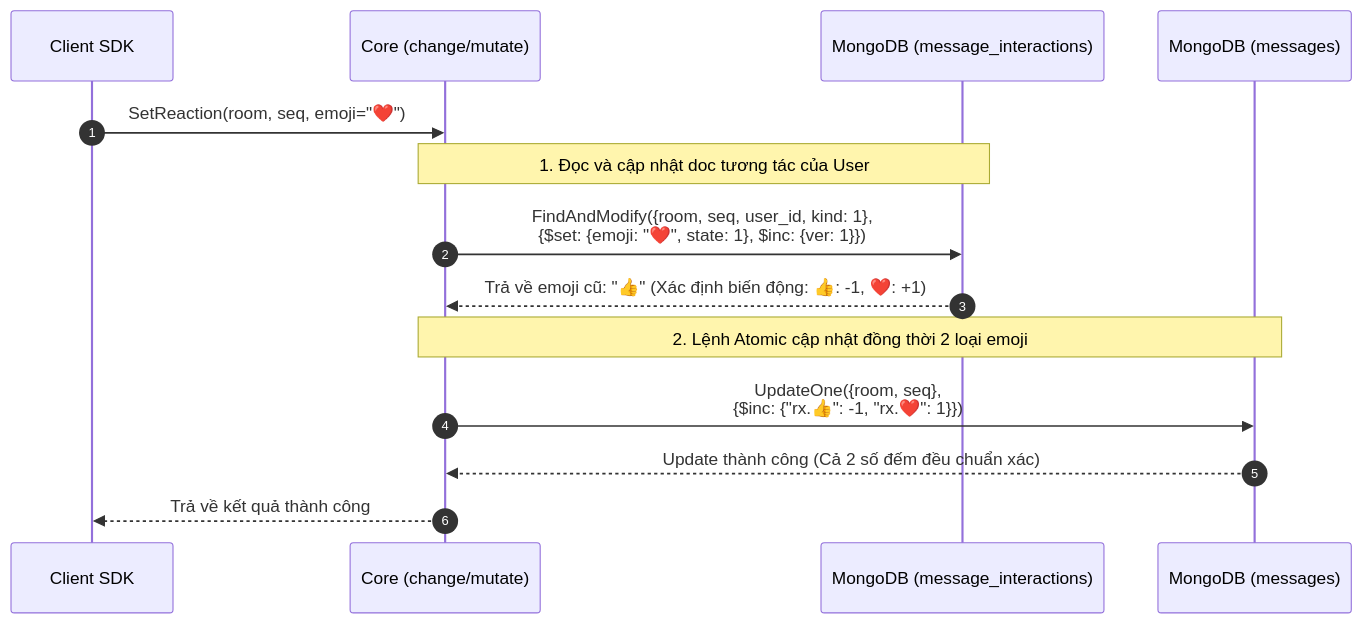
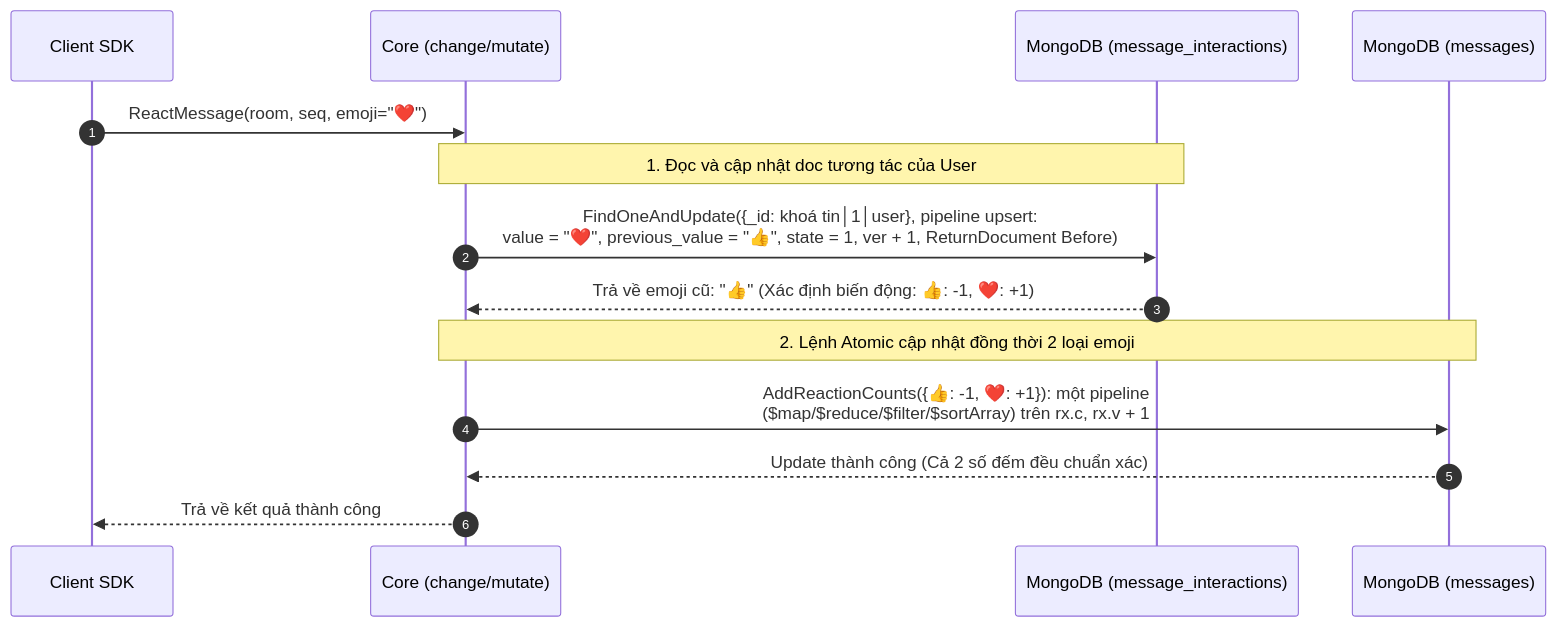
One commit to ivannguyendev/chatim changed the third of 3 diagrams in docs/modules/04-feature-reactions-pins-and-bookmarks.md. Above: the diagram before and after it, drawn with Mermaid. The commit also changed other lines of this file and 12 other files, not shown here.

````diff
--- a/docs/modules/04-feature-reactions-pins-and-bookmarks.md
+++ b/docs/modules/04-feature-reactions-pins-and-bookmarks.md
@@ -97,19 +97,19 @@
 ```mermaid
 sequenceDiagram
     autonumber
     participant Client as Client SDK
     participant Core as Core (change/mutate)
     participant Inter as MongoDB (message_interactions)
     participant Msgs as MongoDB (messages)
 
-    Client->>Core: SetReaction(room, seq, emoji="❤️")
+    Client->>Core: ReactMessage(room, seq, emoji="❤️")
     Note over Core,Inter: 1. Đọc và cập nhật doc tương tác của User
-    Core->>Inter: FindAndModify({room, seq, user_id, kind: 1},<br/>{$set: {emoji: "❤️", state: 1}, $inc: {ver: 1}})
+    Core->>Inter: FindOneAndUpdate({_id: khoá tin│1│user}, pipeline upsert:<br/>value = "❤️", previous_value = "👍", state = 1, ver + 1, ReturnDocument Before)
     Inter-->>Core: Trả về emoji cũ: "👍" (Xác định biến động: 👍: -1, ❤️: +1)
 
     Note over Core,Msgs: 2. Lệnh Atomic cập nhật đồng thời 2 loại emoji
-    Core->>Msgs: UpdateOne({room, seq},<br/>{$inc: {"rx.👍": -1, "rx.❤️": 1}})
+    Core->>Msgs: AddReactionCounts({👍: -1, ❤️: +1}): một pipeline<br/>($map/$reduce/$filter/$sortArray) trên rx.c, rx.v + 1
     Msgs-->>Core: Update thành công (Cả 2 số đếm đều chuẩn xác)
 
     Core-->>Client: Trả về kết quả thành công
 ```
````
